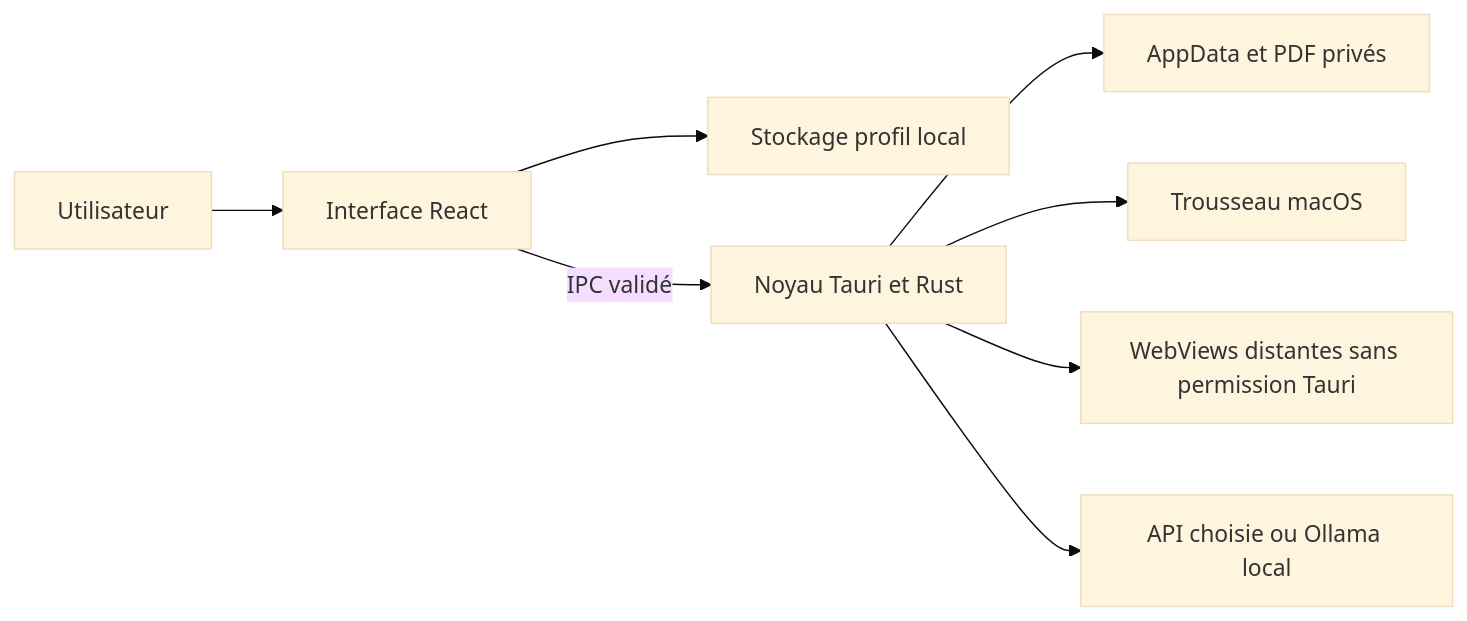
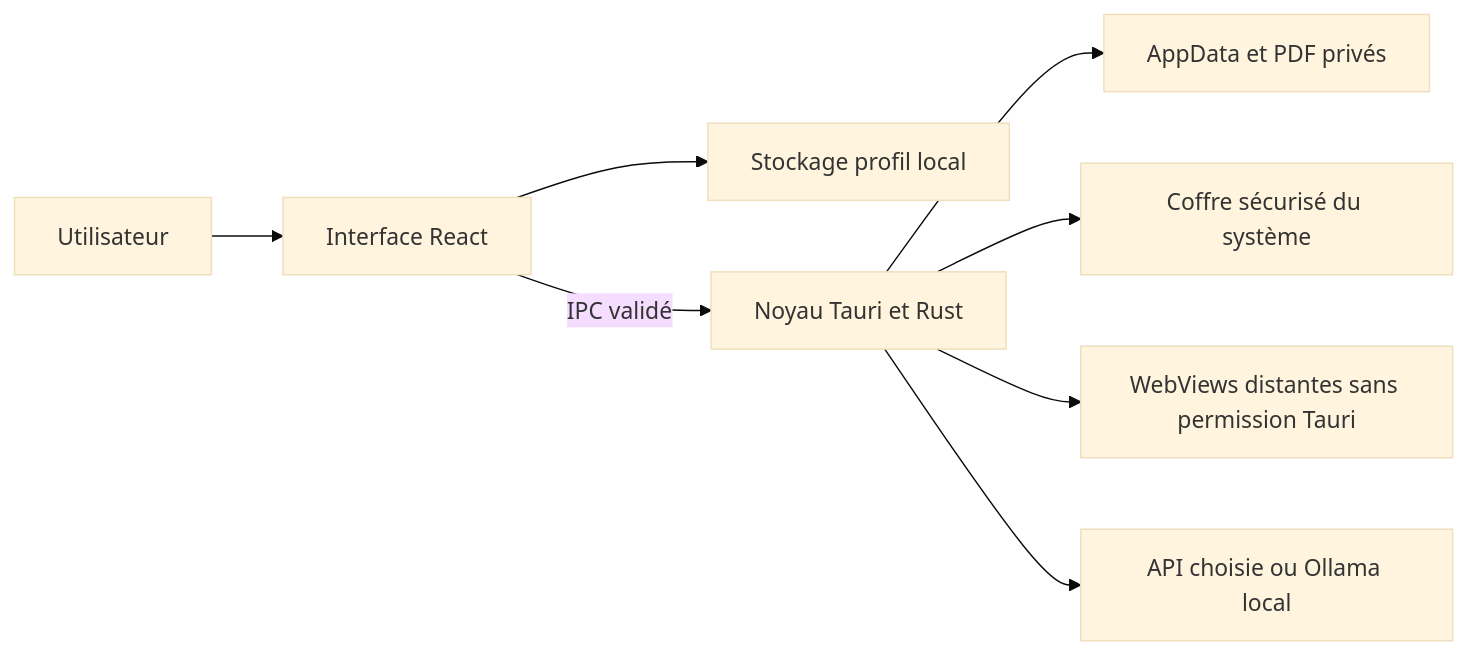
The diagram in docs/ARCHITECTURE.md (Louisdelez/dowze-academie), drawn with Mermaid (base theme) before and after one commit. The commit also changed other lines of this file and 30 other files, not shown here.

````diff
--- a/docs/ARCHITECTURE.md
+++ b/docs/ARCHITECTURE.md
@@ -5,10 +5,10 @@
 ```mermaid
 flowchart LR
     U[Utilisateur] --> R[Interface React]
     R --> P[Stockage profil local]
     R -->|IPC validé| T[Noyau Tauri et Rust]
     T --> A[AppData et PDF privés]
-    T --> K[Trousseau macOS]
+    T --> K[Coffre sécurisé du système]
     T --> W[WebViews distantes sans permission Tauri]
     T --> C[API choisie ou Ollama local]
 ```
````
